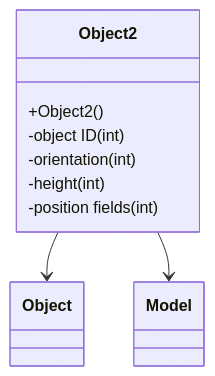
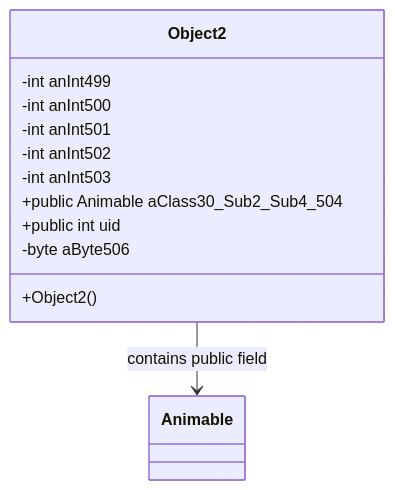
Before and after one commit to daxxog/solmud: the diagram in bytecode/mapping/evidence/verified/Object2_OFQAEXFV.md, drawn with Mermaid. The commit also changed other lines of this file and 32 other files, not shown here.

````diff
--- a/bytecode/mapping/evidence/verified/Object2_OFQAEXFV.md
+++ b/bytecode/mapping/evidence/verified/Object2_OFQAEXFV.md
@@ -16,10 +16,13 @@
 ```mermaid
 classDiagram
-    Object2 --> Object
-    Object2 --> Model
+    Object2 --> Animable : contains public field
     Object2 : +Object2()
-    Object2 : -object ID (int)
-    Object2 : -orientation (int)
-    Object2 : -height (int)
-    Object2 : -position fields (int)
+    Object2 : -int anInt499
+    Object2 : -int anInt500
+    Object2 : -int anInt501
+    Object2 : -int anInt502
+    Object2 : -int anInt503
+    Object2 : +public Animable aClass30_Sub2_Sub4_504
+    Object2 : +public int uid
+    Object2 : -byte aByte506
 ```
````
